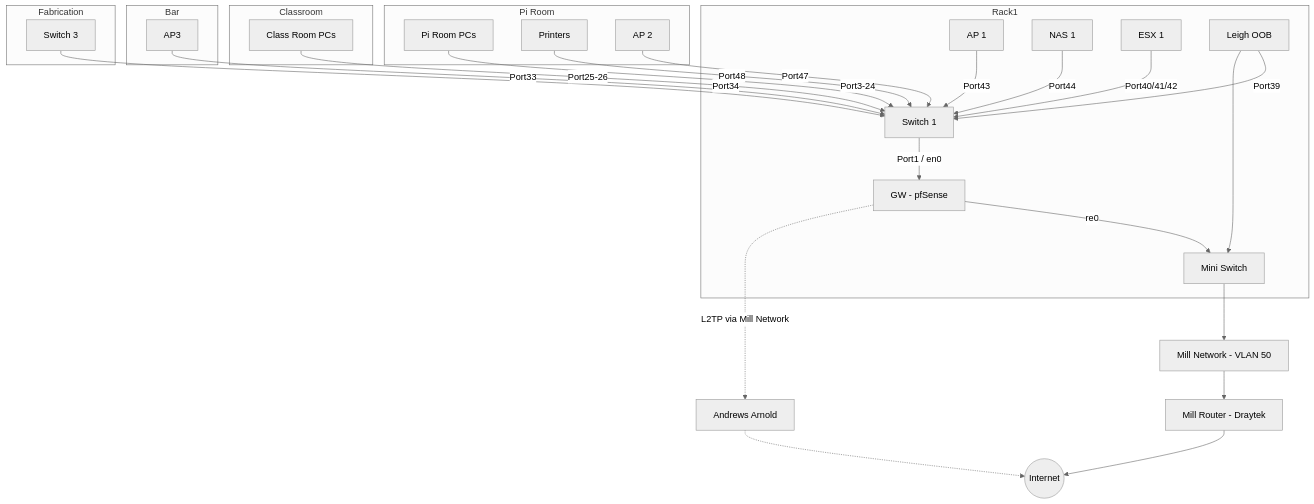
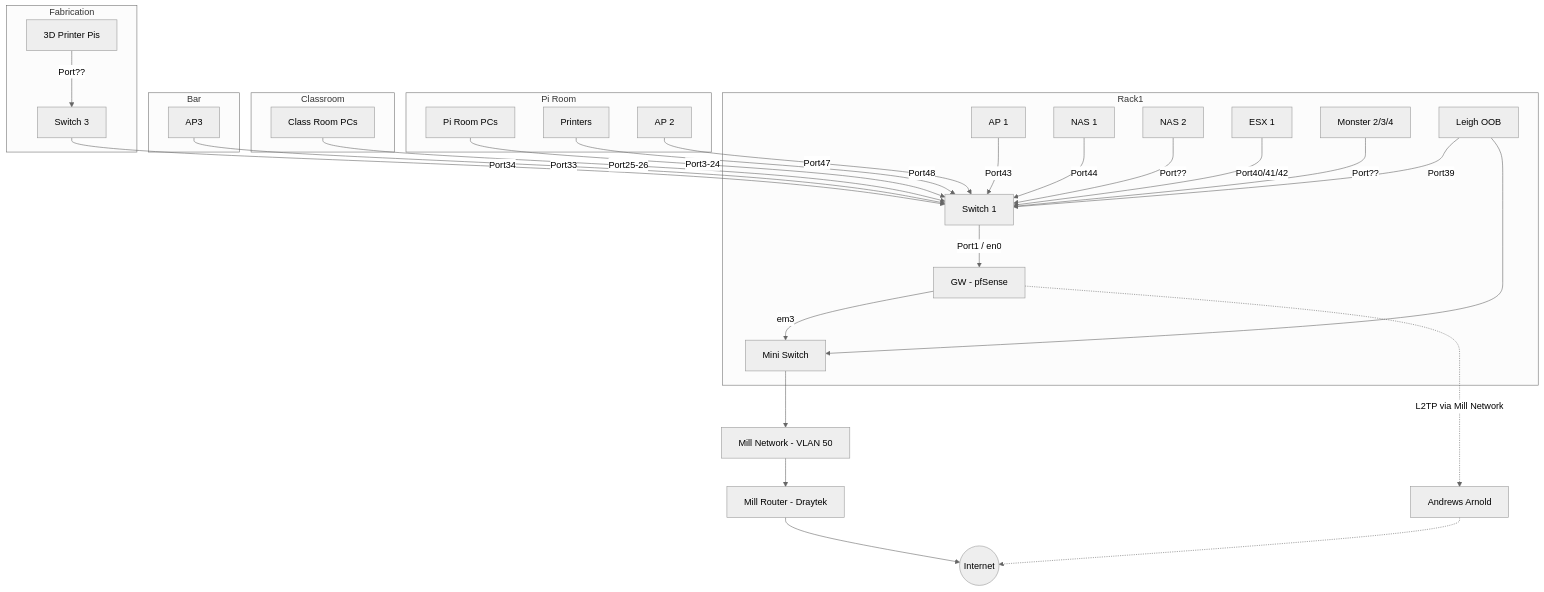
One commit to leigh-hackspace/HackspaceWiki changed the first of 2 diagrams in docs/infrastructure/network_layout.md. Above: the diagram before and after it, drawn with Mermaid (neutral theme). The commit also changed other lines of this file, not shown here.

Commit message:
Update network diagram

````diff
--- a/docs/infrastructure/network_layout.md
+++ b/docs/infrastructure/network_layout.md
@@ -7,37 +7,40 @@
 ```mermaid
 graph 
     subgraph Rack1
     GW[GW - pfSense] 
     AP[AP 1] -->|Port43| SWITCH1
     SWITCH1[Switch 1] -->|Port1 / en0| GW
     NAS1[NAS 1] --> |Port44| SWITCH1
+    NAS2[NAS 2] --> |Port??| SWITCH1
     ESX1[ESX 1] --> |Port40/41/42| SWITCH1
+    MONSTER[Monster 2/3/4] --> |Port??| SWITCH1
     LEIGHOOB[Leigh OOB] --> |Port39| SWITCH1
     MINISWITCH[Mini Switch]
     end
 
     LEIGHOOB --> MINISWITCH
-    GW -->|re0| MINISWITCH
+    GW -->|em3| MINISWITCH
     MINISWITCH --> MILL
     GW -. L2TP via Mill Network .-> AAISP
     MILL[Mill Network - VLAN 50] --> MILLROUTER[Mill Router - Draytek] --> INTERNET((Internet))
     AAISP[Andrews Arnold] -.-> INTERNET
     
     subgraph Pi Room
     PIROOMPC[Pi Room PCs] -->|Port3-24| SWITCH1
     PRINTERS[Printers] -->|Port48| SWITCH1
     PIROOMAP[AP 2] --> |Port47| SWITCH1
     end
 
     subgraph Classroom
     CLASSROOMPC[Class Room PCs] -->|Port25-26| SWITCH1
     end
     
     subgraph Bar
     AP3[AP3] -->|Port33| SWITCH1
     end
     
     subgraph Fabrication
     SWITCH3[Switch 3] -->|Port34| SWITCH1
+    3DPRINTERS[3D Printer Pis] --> |Port??| SWITCH3
     end
 ```
````
